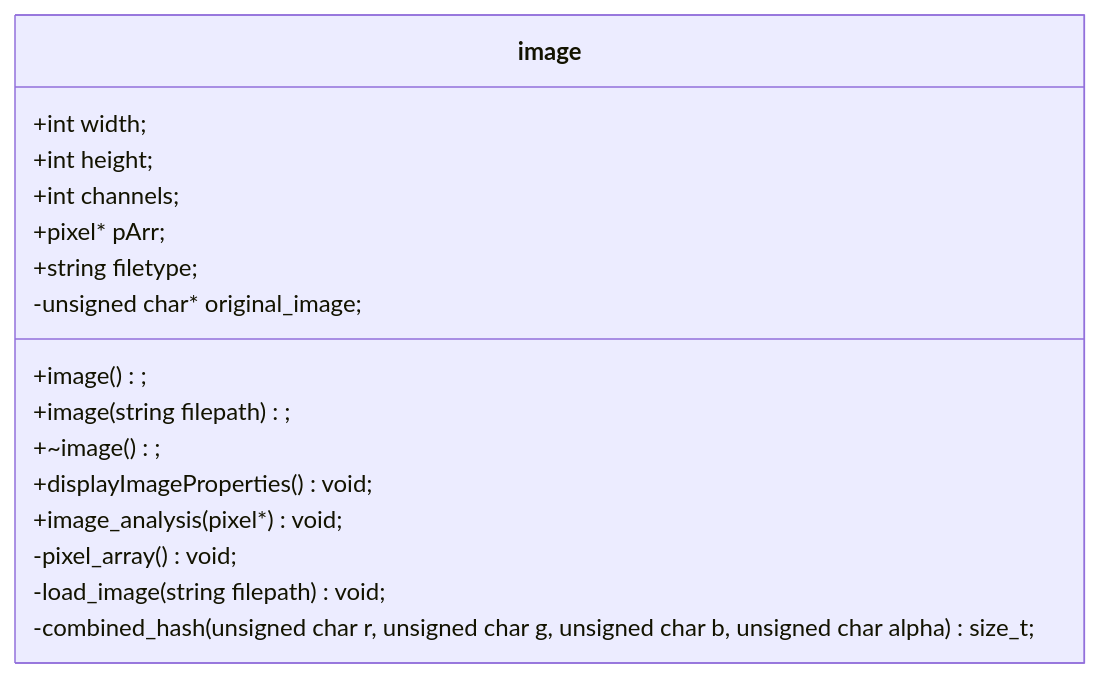
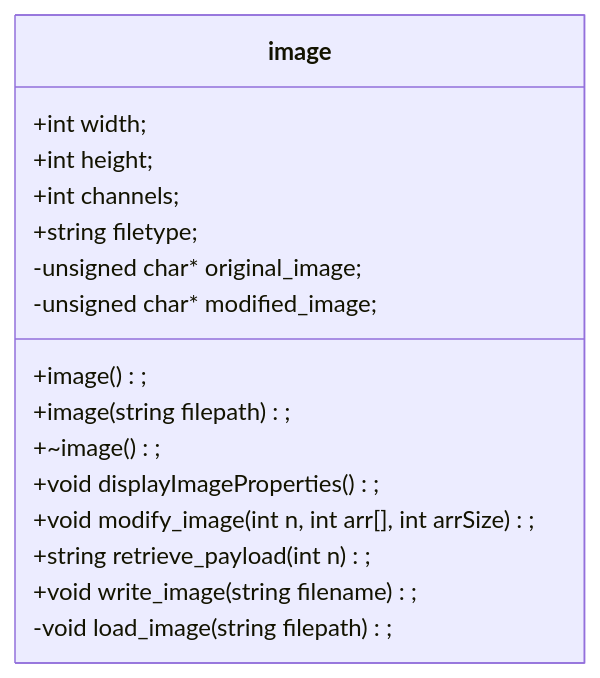
One commit to csci265-team/HiddenFrame changed the third of 4 diagrams in documentation/design.md. Above: the diagram before and after it, drawn with Mermaid. The commit also changed other lines of this file and 3 other files, not shown here.

Commit message:
Added content to design.md: graphs, logical design, ect

```diff
--- a/documentation/design.md
+++ b/documentation/design.md
@@ -159,19 +199,19 @@
 ~~~mermaid
 classDiagram
 class image{
     +image();
     +image(string filepath);
     +~image();
     +int width;
     +int height;
     +int channels;
-    +pixel* pArr;
     +string filetype;
-    +displayImageProperties() void;
-    +image_analysis(pixel*) void;
-    -pixel_array() void;
-    -load_image(string filepath) void;
-    -combined_hash(unsigned char r, unsigned char g, unsigned char b, unsigned char alpha) size_t;
+    +void displayImageProperties();
+    +void modify_image(int n, int arr[], int arrSize);
+    +string retrieve_payload(int n);
+    +void write_image(string filename);
+    -void load_image(string filepath);
     -unsigned char* original_image;
+    -unsigned char* modified_image;
 }
 ~~~
```
